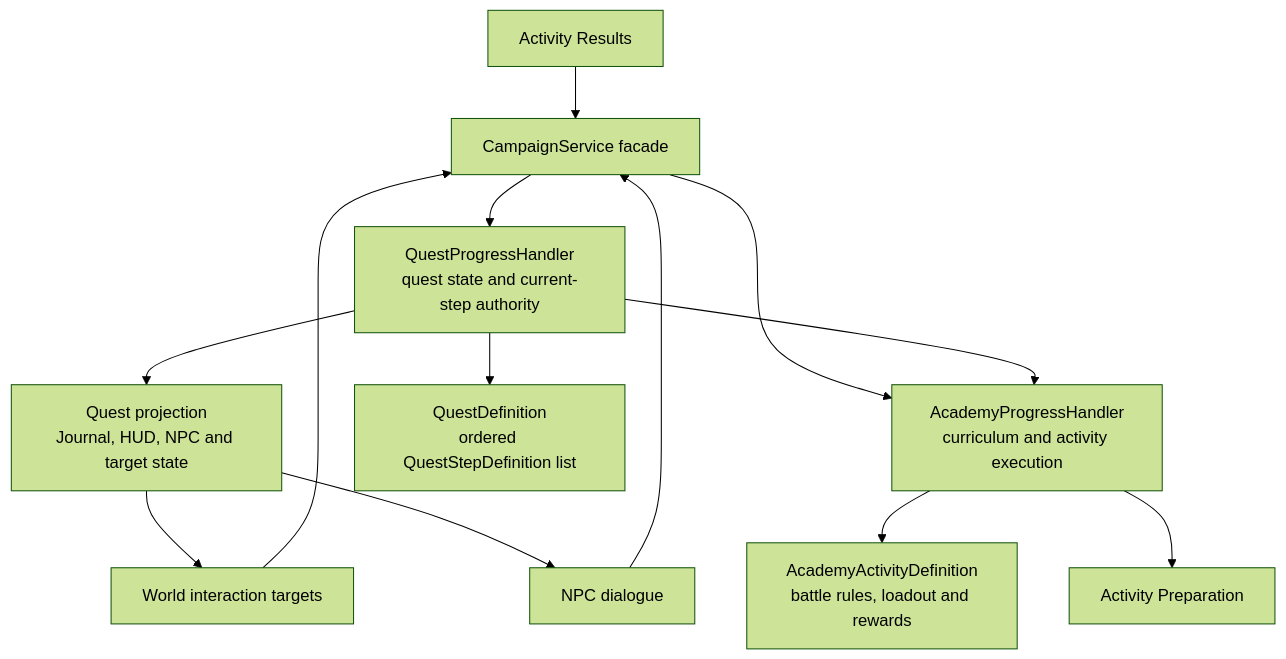
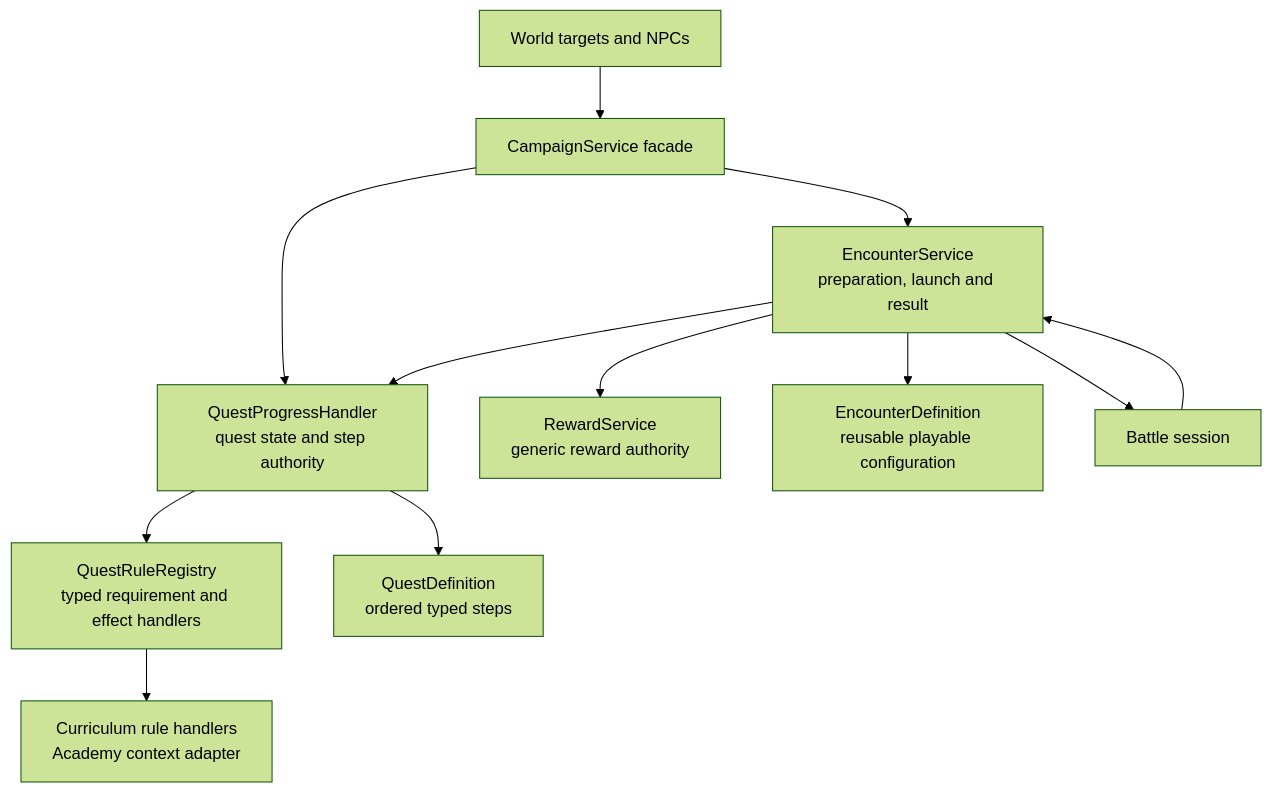
The diagram in docs/technical/meta/quest-step-rearchitecture-proposal.md (amari-charles/project-summoner), drawn with Mermaid (forest theme) before and after one commit. The commit also changed other lines of this file and 3 other files, not shown here.

Commit message:
docs(quests): generalize quest encounter architecture

````diff
--- a/docs/technical/meta/quest-step-rearchitecture-proposal.md
+++ b/docs/technical/meta/quest-step-rearchitecture-proposal.md
@@ -14,26 +15,25 @@
 ```mermaid
 flowchart TB
     Campaign[CampaignService facade]
-    Quest[QuestProgressHandler<br>quest state and current-step authority]
-    Academy[AcademyProgressHandler<br>curriculum and activity execution]
-    Projection[Quest projection<br>Journal, HUD, NPC and target state]
-    Definitions[QuestDefinition<br>ordered QuestStepDefinition list]
-    Activity[AcademyActivityDefinition<br>battle rules, loadout and rewards]
-    World[World interaction targets]
-    NPC[NPC dialogue]
-    Prep[Activity Preparation]
-    Results[Activity Results]
+    Quest[QuestProgressHandler<br>quest state and step authority]
+    Encounter[EncounterService<br>preparation, launch and result]
+    Rules[QuestRuleRegistry<br>typed requirement and effect handlers]
+    Reward[RewardService<br>generic reward authority]
+    QuestDef[QuestDefinition<br>ordered typed steps]
+    EncounterDef[EncounterDefinition<br>reusable playable configuration]
+    Curriculum[Curriculum rule handlers<br>Academy context adapter]
+    World[World targets and NPCs]
+    Battle[Battle session]
 
     Campaign --> Quest
-    Campaign --> Academy
-    Quest --> Definitions
-    Quest --> Projection
-    Academy --> Activity
+    Campaign --> Encounter
+    Quest --> QuestDef
+    Quest --> Rules
+    Encounter --> EncounterDef
+    Encounter --> Reward
+    Rules --> Curriculum
     World --> Campaign
-    NPC --> Campaign
-    Projection --> World
-    Projection --> NPC
-    Quest --> Academy
-    Academy --> Prep
-    Results --> Campaign
+    Encounter --> Battle
+    Battle --> Encounter
+    Encounter --> Quest
 ```
````
